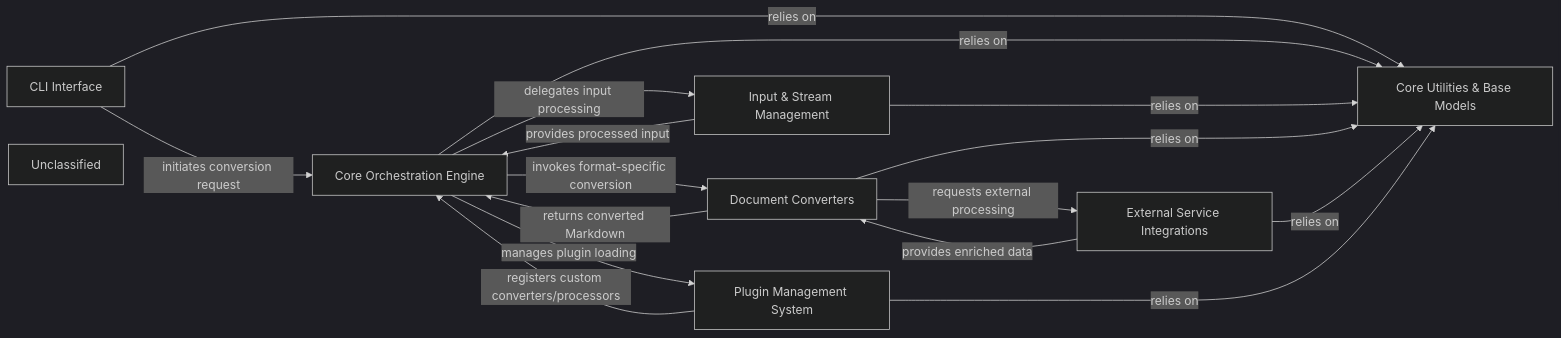
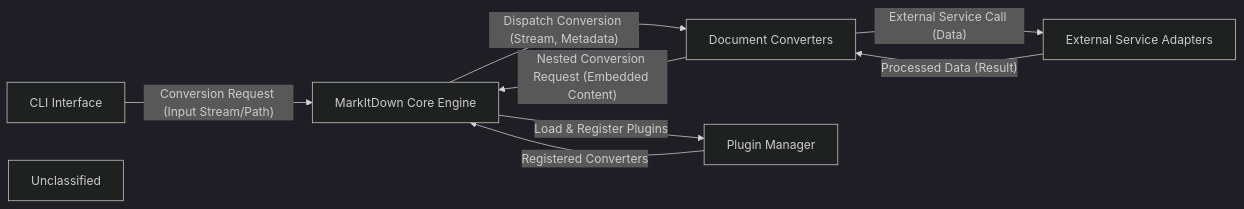
The diagram in markitdown/on_boarding.md (CodeBoarding/GeneratedOnBoardings), drawn with Mermaid (dark theme) before and after one commit. The commit also changed other lines of this file, not shown here.

````diff
--- a/markitdown/on_boarding.md
+++ b/markitdown/on_boarding.md
@@ -1,26 +1,16 @@
 ```mermaid
 graph LR
     CLI_Interface["CLI Interface"]
-    Core_Orchestration_Engine["Core Orchestration Engine"]
-    Input_Stream_Management["Input & Stream Management"]
+    MarkItDown_Core_Engine["MarkItDown Core Engine"]
     Document_Converters["Document Converters"]
-    External_Service_Integrations["External Service Integrations"]
-    Plugin_Management_System["Plugin Management System"]
-    Core_Utilities_Base_Models["Core Utilities & Base Models"]
+    Plugin_Manager["Plugin Manager"]
+    External_Service_Adapters["External Service Adapters"]
     Unclassified["Unclassified"]
-    CLI_Interface -- "initiates conversion request" --> Core_Orchestration_Engine
-    Core_Orchestration_Engine -- "delegates input processing" --> Input_Stream_Management
-    Core_Orchestration_Engine -- "invokes format-specific conversion" --> Document_Converters
-    Core_Orchestration_Engine -- "manages plugin loading" --> Plugin_Management_System
-    Input_Stream_Management -- "provides processed input" --> Core_Orchestration_Engine
-    Document_Converters -- "returns converted Markdown" --> Core_Orchestration_Engine
-    Document_Converters -- "requests external processing" --> External_Service_Integrations
-    External_Service_Integrations -- "provides enriched data" --> Document_Converters
-    Plugin_Management_System -- "registers custom converters/processors" --> Core_Orchestration_Engine
-    CLI_Interface -- "relies on" --> Core_Utilities_Base_Models
-    Core_Orchestration_Engine -- "relies on" --> Core_Utilities_Base_Models
-    Input_Stream_Management -- "relies on" --> Core_Utilities_Base_Models
-    Document_Converters -- "relies on" --> Core_Utilities_Base_Models
-    External_Service_Integrations -- "relies on" --> Core_Utilities_Base_Models
-    Plugin_Management_System -- "relies on" --> Core_Utilities_Base_Models
+    CLI_Interface -- "Conversion Request (Input Stream/Path)" --> MarkItDown_Core_Engine
+    MarkItDown_Core_Engine -- "Dispatch Conversion (Stream, Metadata)" --> Document_Converters
+    MarkItDown_Core_Engine -- "Load & Register Plugins" --> Plugin_Manager
+    Document_Converters -- "External Service Call (Data)" --> External_Service_Adapters
+    External_Service_Adapters -- "Processed Data (Result)" --> Document_Converters
+    Document_Converters -- "Nested Conversion Request (Embedded Content)" --> MarkItDown_Core_Engine
+    Plugin_Manager -- "Registered Converters" --> MarkItDown_Core_Engine
 ```
````
